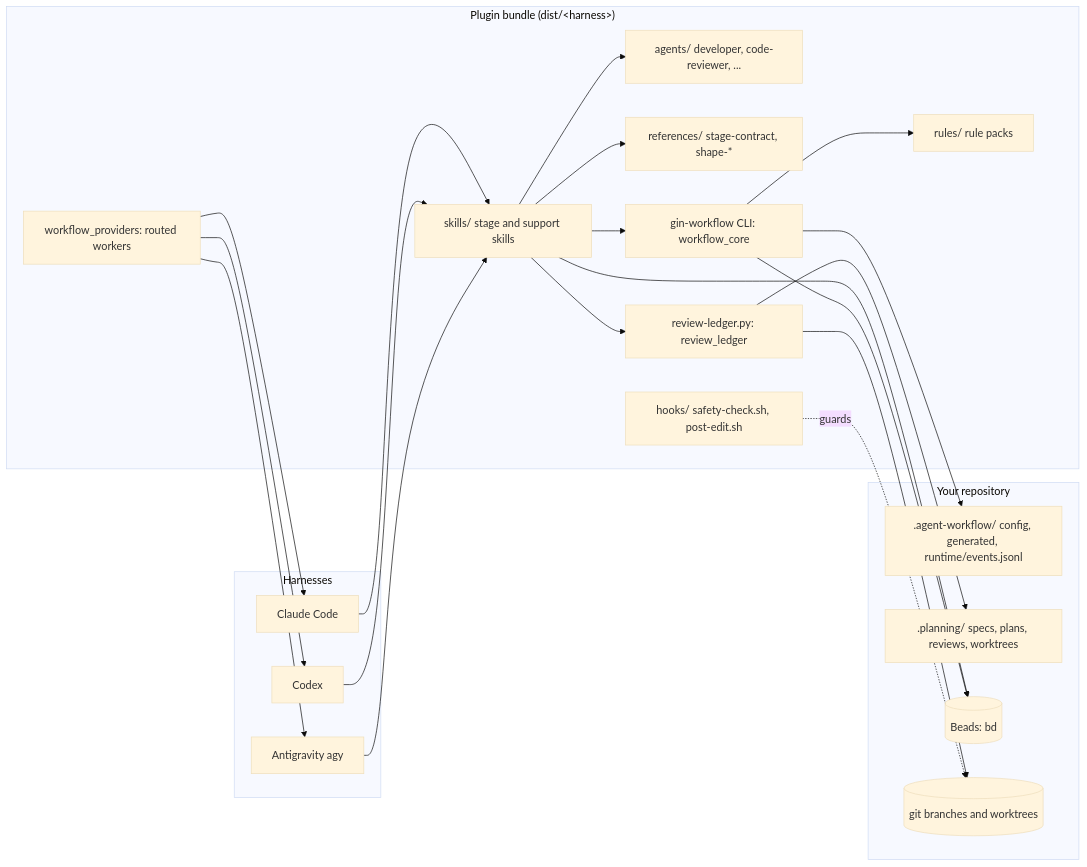
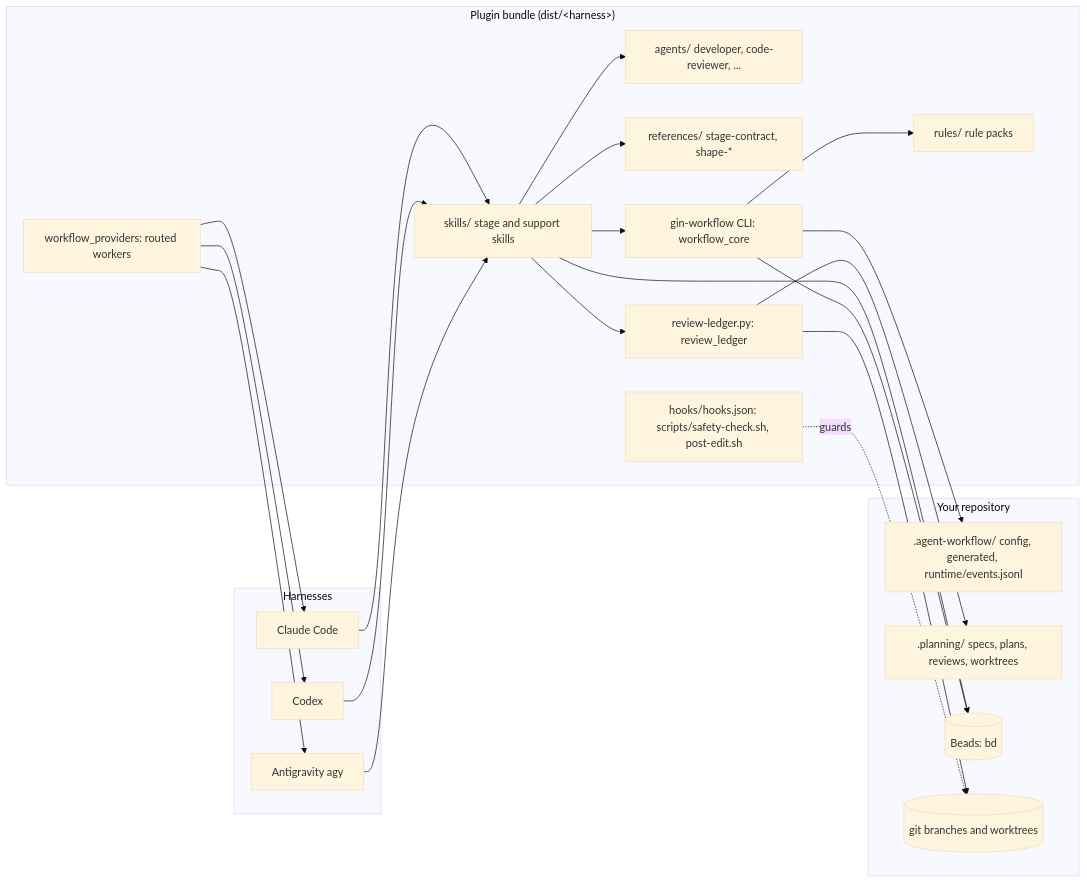
The first of 6 diagrams in docs/concepts/architecture.md (giangdhwhtbr/gin-workflow), drawn with Mermaid (base theme) before and after one commit. The commit also changed 1 other file, not shown here.

Commit message:
docs(concepts): hook script paths and --actor on record examples

````diff
--- a/docs/concepts/architecture.md
+++ b/docs/concepts/architecture.md
@@ -7,37 +7,37 @@
 ```mermaid
 flowchart LR
     subgraph Harnesses
         CC[Claude Code]
         CX[Codex]
         AG[Antigravity agy]
     end
     subgraph Bundle["Plugin bundle (dist/&lt;harness&gt;)"]
         SK[skills/ stage and support skills]
         AGT[agents/ developer, code-reviewer, ...]
         REF[references/ stage-contract, shape-*]
         RUL[rules/ rule packs]
-        HK[hooks/ safety-check.sh, post-edit.sh]
+        HK[hooks/hooks.json: scripts/safety-check.sh, post-edit.sh]
         CLI[gin-workflow CLI: workflow_core]
         RL[review-ledger.py: review_ledger]
         PRV[workflow_providers: routed workers]
     end
     subgraph Repo["Your repository"]
         CFG[.agent-workflow/ config, generated, runtime/events.jsonl]
         PLN[.planning/ specs, plans, reviews, worktrees]
         BD[(Beads: bd)]
         GIT[(git branches and worktrees)]
     end
     CC & CX & AG --> SK
     SK --> AGT
     SK --> REF
     SK --> CLI
     SK --> RL
     SK --> BD
     CLI --> RUL
     CLI --> CFG
     CLI --> BD
     RL --> PLN
     RL --> GIT
     PRV --> CC & CX & AG
     HK -.guards.-> GIT
 ```
````
